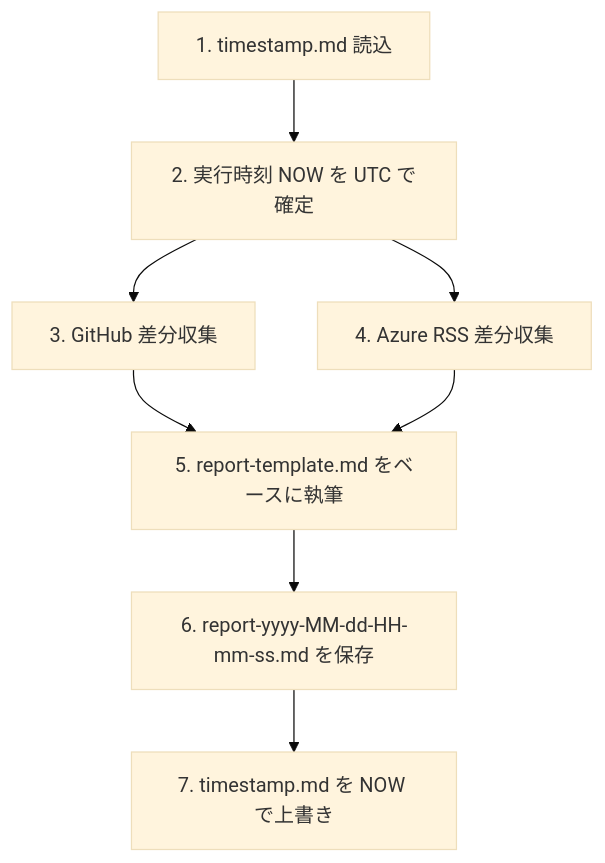
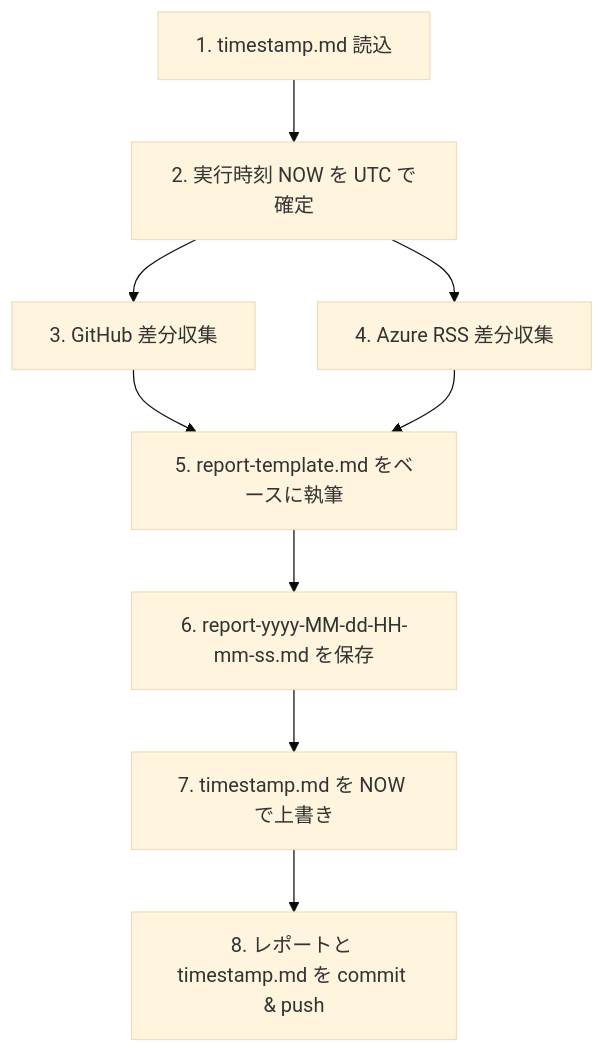
Before and after one commit to runceel/daily-check: the diagram in .github/skills/daily-check-report/SKILL.md, drawn with Mermaid (base theme). The commit also changed other lines of this file, not shown here.

First line of the commit message:
Skill: レポート生成後の commit/push 手順を追記 (#2)

````diff
--- a/.github/skills/daily-check-report/SKILL.md
+++ b/.github/skills/daily-check-report/SKILL.md
@@ -31,10 +32,11 @@
 ```mermaid
 flowchart TD
     A[1. timestamp.md 読込] --> B[2. 実行時刻 NOW を UTC で確定]
     B --> C[3. GitHub 差分収集]
     B --> D[4. Azure RSS 差分収集]
     C --> E[5. report-template.md をベースに執筆]
     D --> E
     E --> F[6. report-yyyy-MM-dd-HH-mm-ss.md を保存]
     F --> G[7. timestamp.md を NOW で上書き]
+    G --> H[8. レポートと timestamp.md を commit & push]
 ```
````
